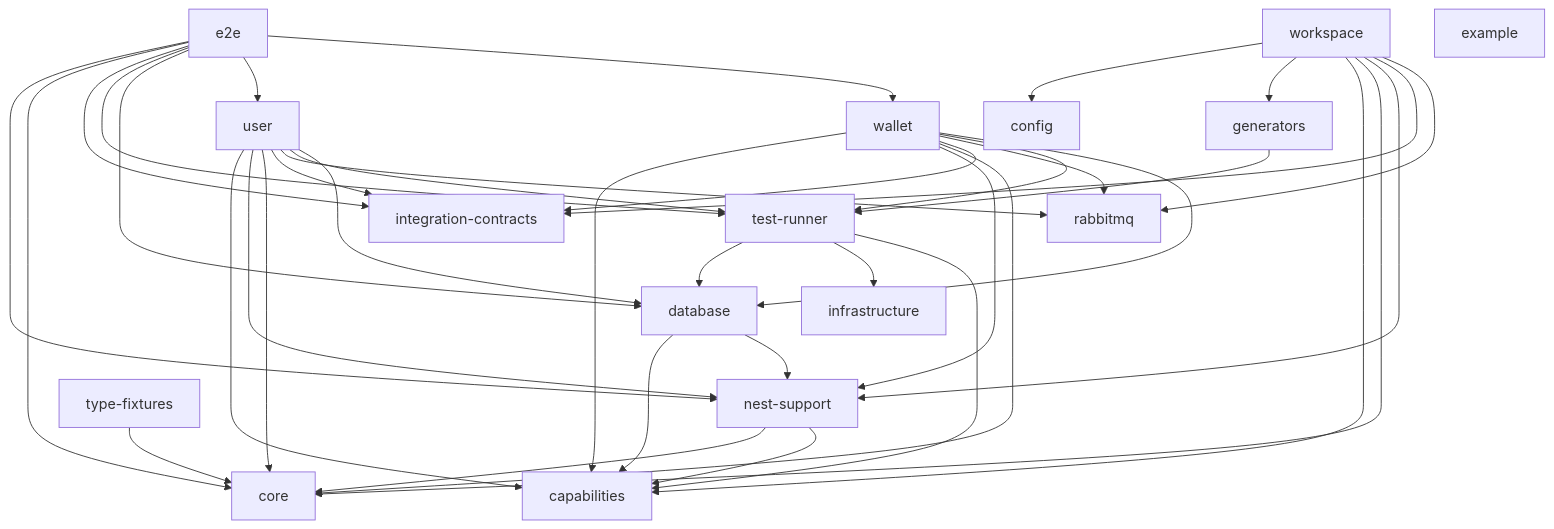
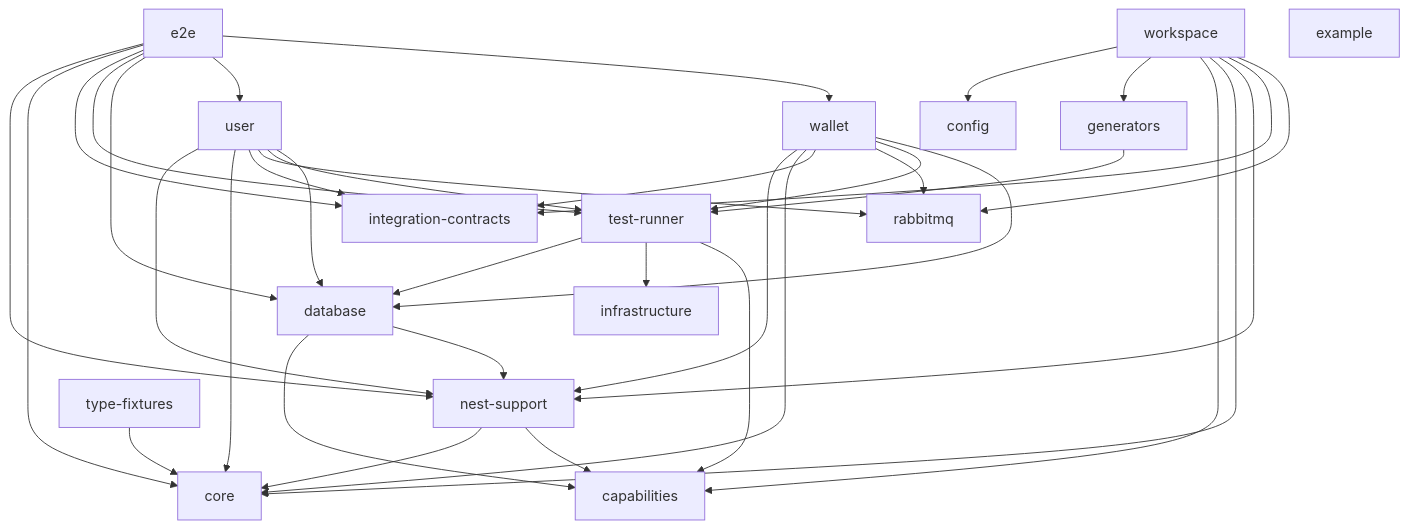
One commit to danilomartinelli/domain-driven-hexagon-scaffold changed the first of 2 diagrams in docs/nx-workspace.md. Above: the diagram before and after it, drawn with Mermaid. The commit also changed 41 other files, not shown here.

````diff
--- a/docs/nx-workspace.md
+++ b/docs/nx-workspace.md
@@ -49,41 +49,39 @@
 ```mermaid
 graph TD
   e2e --> nest-support
   e2e --> core
   e2e --> integration-contracts
   e2e --> test-runner
   e2e --> database
   e2e --> user
   e2e --> wallet
-  user --> capabilities
   user --> nest-support
   user --> core
   user --> integration-contracts
   user --> rabbitmq
   user --> test-runner
   user --> database
-  wallet --> capabilities
   wallet --> nest-support
   wallet --> core
   wallet --> integration-contracts
   wallet --> rabbitmq
   wallet --> test-runner
   wallet --> database
   test-runner --> database
   test-runner --> infrastructure
   test-runner --> capabilities
   database --> capabilities
   database --> nest-support
   generators --> test-runner
   type-fixtures --> core
   nest-support --> core
   nest-support --> capabilities
   workspace --> config
   workspace --> generators
   workspace --> capabilities
   workspace --> core
   workspace --> nest-support
   workspace --> integration-contracts
   workspace --> rabbitmq
   example
 ```
````
